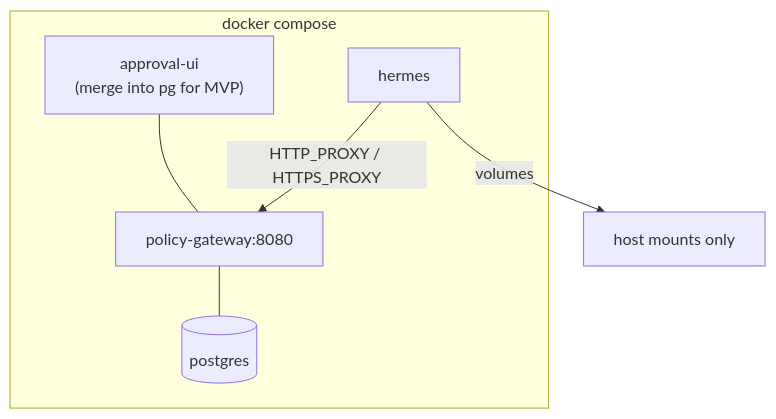
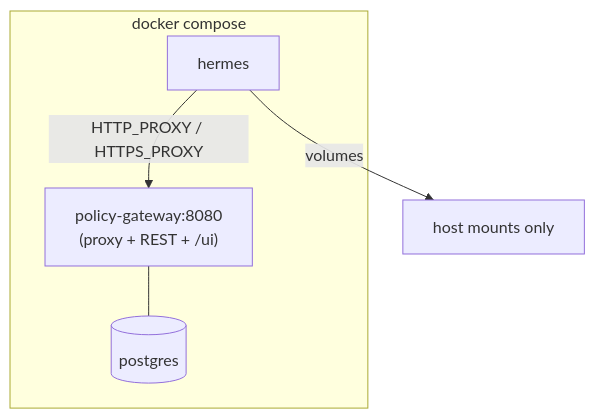
The fourth of 4 diagrams in docs/specs/hermes-policy-gateway.md (meghamshb/AegisMesh), drawn with Mermaid before and after one commit. The commit also changed other lines of this file and 47 other files, not shown here.

````diff
--- a/docs/specs/hermes-policy-gateway.md
+++ b/docs/specs/hermes-policy-gateway.md
@@ -356,14 +357,12 @@
 ```mermaid
 flowchart TB
   subgraph compose["docker compose"]
-    pg["policy-gateway:8080"]
-    ui["approval-ui\n(merge into pg for MVP)"]
+    pg["policy-gateway:8080\n(proxy + REST + /ui)"]
     db[("postgres")]
     hermes["hermes"]
   end
 
   pg --- db
-  ui --- pg
   hermes -->|"HTTP_PROXY / HTTPS_PROXY"| pg
   hermes -->|"volumes"| vol["host mounts only"]
 ```
````
